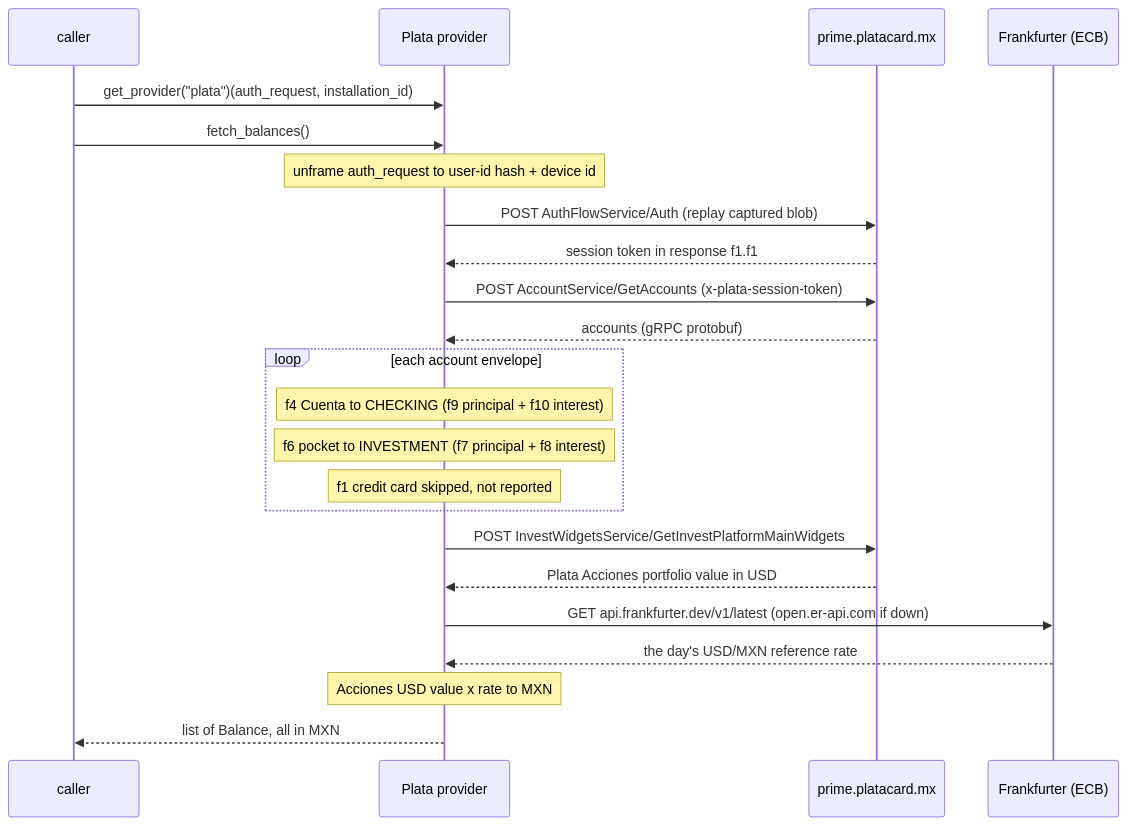
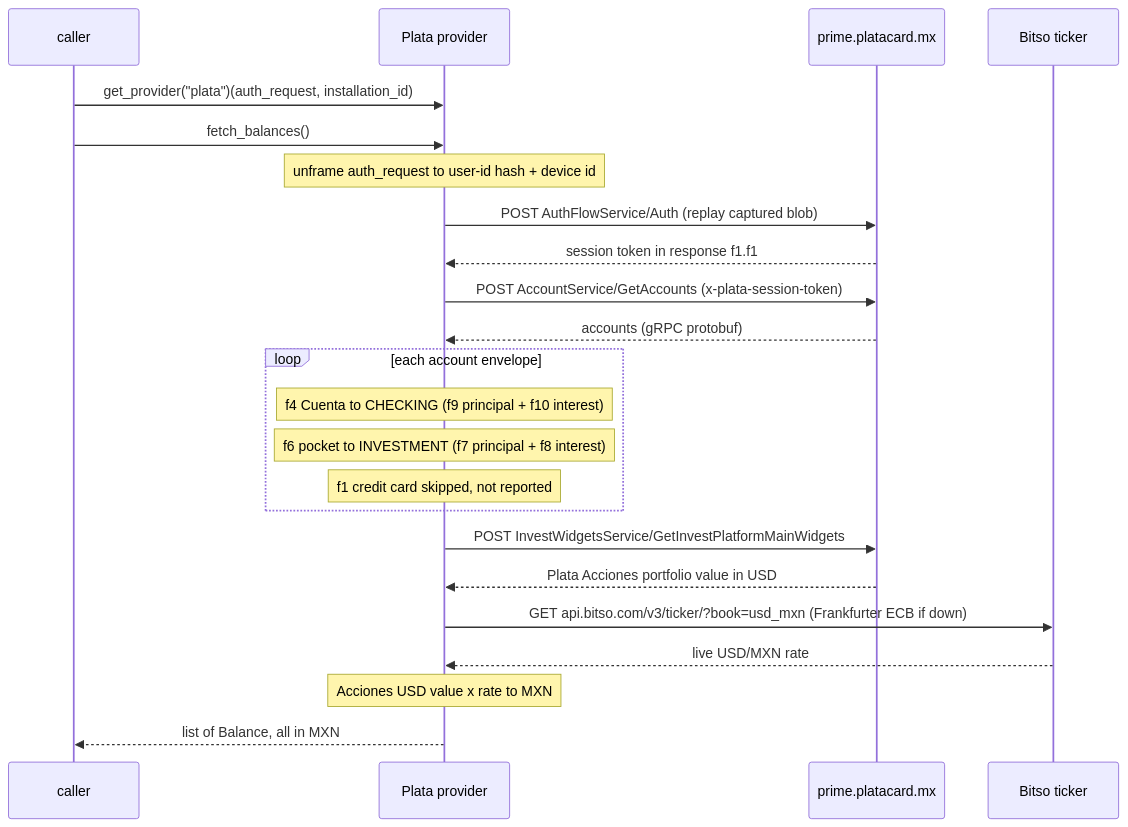
The second of 2 diagrams in docs/flows/plata.md (PaoloReyes/finscraper-mx), drawn with Mermaid before and after one commit. The commit also changed other lines of this file and 3 other files, not shown here.

First line of the commit message:
Plata: live USD/MXN rate again, from Bitso's ticker instead of scraping Google

````diff
--- a/docs/flows/plata.md
+++ b/docs/flows/plata.md
@@ -45,26 +45,26 @@
 ```mermaid
 sequenceDiagram
   participant C as caller
   participant P as Plata provider
   participant S as prime.platacard.mx
-  participant G as Frankfurter (ECB)
+  participant G as Bitso ticker
 
   C->>P: get_provider("plata")(auth_request, installation_id)
   C->>P: fetch_balances()
   Note over P: unframe auth_request to user-id hash + device id
   P->>S: POST AuthFlowService/Auth (replay captured blob)
   S-->>P: session token in response f1.f1
   P->>S: POST AccountService/GetAccounts (x-plata-session-token)
   S-->>P: accounts (gRPC protobuf)
   loop each account envelope
     Note over P: f4 Cuenta to CHECKING (f9 principal + f10 interest)
     Note over P: f6 pocket to INVESTMENT (f7 principal + f8 interest)
     Note over P: f1 credit card skipped, not reported
   end
   P->>S: POST InvestWidgetsService/GetInvestPlatformMainWidgets
   S-->>P: Plata Acciones portfolio value in USD
-  P->>G: GET api.frankfurter.dev/v1/latest (open.er-api.com if down)
-  G-->>P: the day's USD/MXN reference rate
+  P->>G: GET api.bitso.com/v3/ticker/?book=usd_mxn (Frankfurter ECB if down)
+  G-->>P: live USD/MXN rate
   Note over P: Acciones USD value x rate to MXN
   P-->>C: list of Balance, all in MXN
 ```
````
